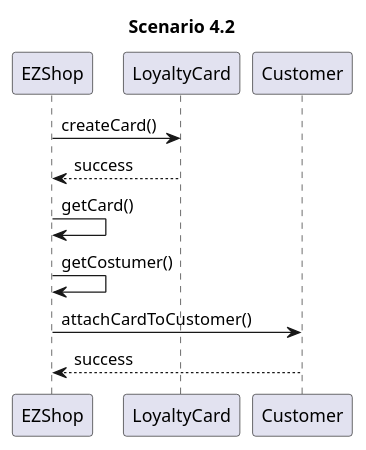
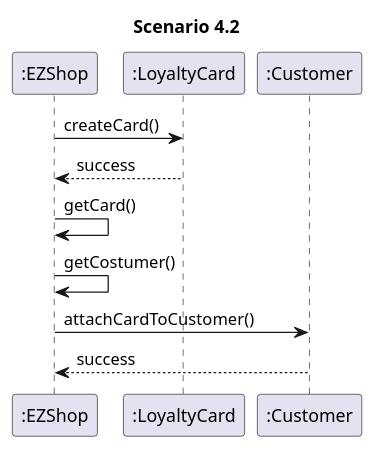
Before and after one commit to marco-ballario/EzShop: the eighth of 11 diagrams in Deliverables/DesignDocument.md, drawn with PlantUML.

Commit message:
fix: column inserted in scenario 4.2

````diff
--- a/Deliverables/DesignDocument.md
+++ b/Deliverables/DesignDocument.md
@@ -324,9 +324,9 @@
 ```plantuml
 Title : Scenario 4.2
-EZShop -> LoyaltyCard : createCard()
-LoyaltyCard --> EZShop : success
-EZShop -> EZShop : getCard()
-EZShop -> EZShop : getCostumer()
-EZShop -> Customer : attachCardToCustomer()
-Customer --> EZShop : success
+":EZShop" -> ":LoyaltyCard" : createCard()
+":LoyaltyCard" --> ":EZShop" : success
+":EZShop" -> ":EZShop" : getCard()
+":EZShop" -> ":EZShop" : getCostumer()
+":EZShop" -> ":Customer" : attachCardToCustomer()
+":Customer" --> ":EZShop" : success
 ```
````
